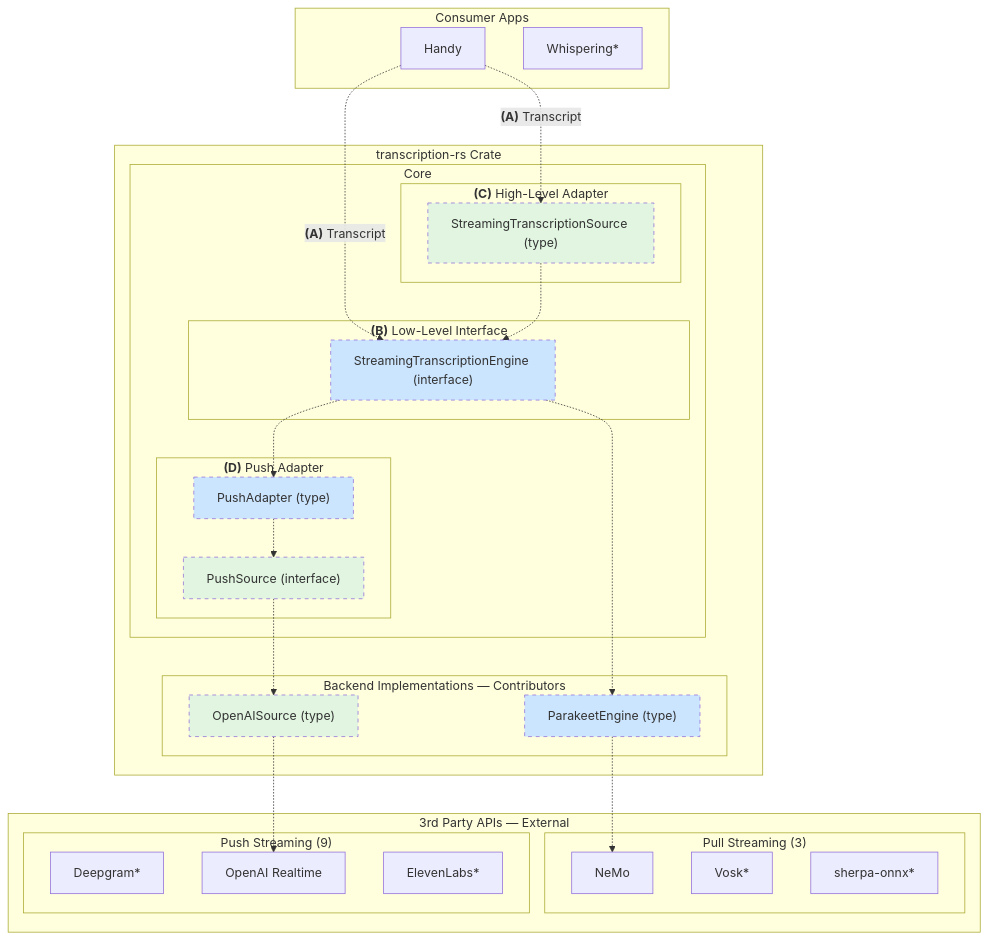
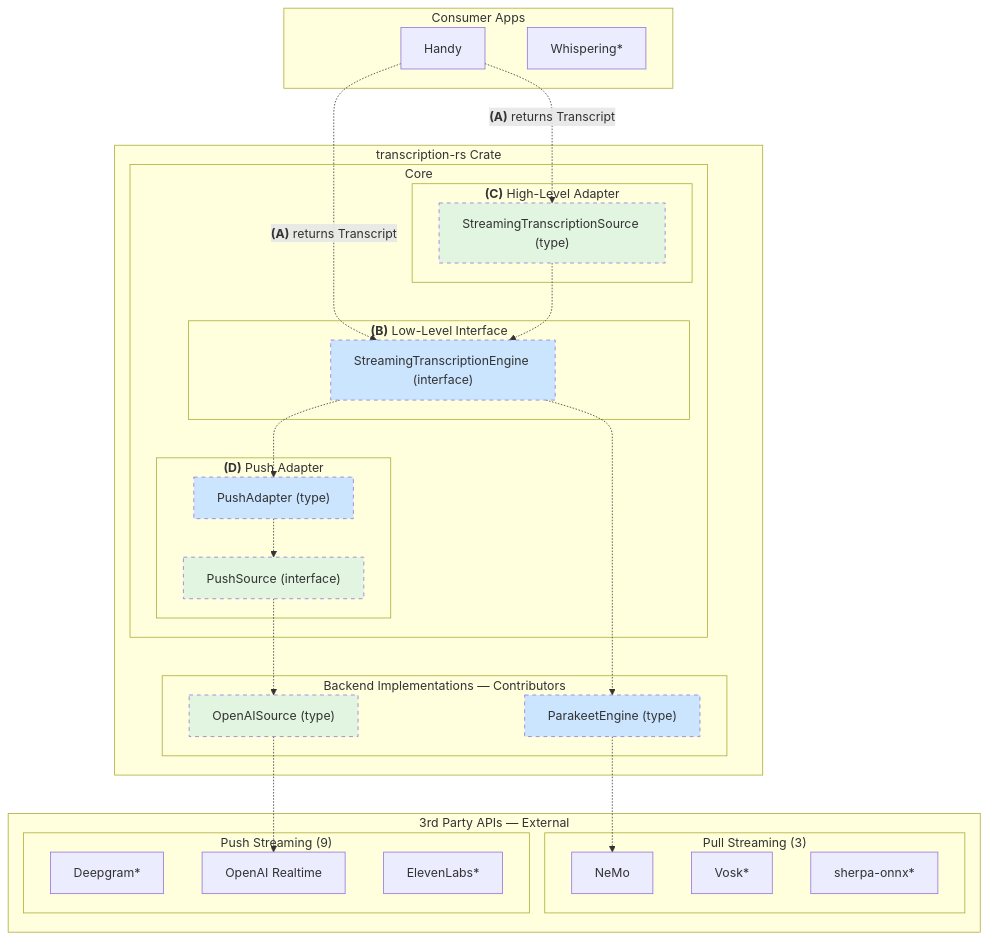
The third of 4 diagrams in specs/transcription-rs.md (cjpais/transcribe-rs), drawn with Mermaid before and after one commit. The commit also changed other lines of this file, not shown here.

Commit message:
docs: clarify diagram arrow labels with "returns" prefix

````diff
--- a/specs/transcription-rs.md
+++ b/specs/transcription-rs.md
@@ -119,61 +121,61 @@
 ```mermaid
 graph TB
     subgraph Apps ["Consumer Apps"]
         Handy[Handy]
         Whispering[Whispering*]
     end
 
     subgraph Library ["transcription-rs Crate"]
         subgraph Core ["Core"]
             subgraph HighLevel ["<b>(C)</b> High-Level Adapter"]
                 StreamingSource["StreamingTranscriptionSource (type)"]
             end
 
             subgraph LowLevel ["<b>(B)</b> Low-Level Interface"]
                 StreamingEngine["StreamingTranscriptionEngine (interface)"]
             end
 
             subgraph PushHelper ["<b>(D)</b> Push Adapter"]
                 PushAdapter["PushAdapter (type)"]
                 PushSource["PushSource (interface)"]
             end
         end
 
         subgraph Backends ["Backend Implementations — Contributors"]
             ParakeetEngine["ParakeetEngine (type)"]
             OpenAISource["OpenAISource (type)"]
         end
     end
 
     subgraph External ["3rd Party APIs — External"]
         subgraph PullStreaming ["Pull Streaming (3)"]
             NeMo[NeMo]
             Vosk[Vosk*]
             Sherpa[sherpa-onnx*]
         end
         subgraph PushStreaming ["Push Streaming (9)"]
             Deepgram[Deepgram*]
             OpenAI[OpenAI Realtime]
             ElevenLabs[ElevenLabs*]
         end
     end
 
-    Handy -.->|"<b>(A)</b> Transcript"| StreamingSource
-    Handy -.->|"<b>(A)</b> Transcript"| StreamingEngine
+    Handy -.->|"<b>(A)</b> returns Transcript"| StreamingSource
+    Handy -.->|"<b>(A)</b> returns Transcript"| StreamingEngine
 
     StreamingSource -.-> StreamingEngine
 
     StreamingEngine -.-> ParakeetEngine
     StreamingEngine -.-> PushAdapter
     
     PushAdapter -.-> PushSource
     PushSource -.-> OpenAISource
 
     ParakeetEngine -.-> NeMo
     OpenAISource -.-> OpenAI
 
     classDef pushPlanned fill:#e1f5e1,stroke-dasharray: 5 5
     classDef pullPlanned fill:#cce5ff,stroke-dasharray: 5 5
     class StreamingSource,PushSource,OpenAISource pushPlanned
     class StreamingEngine,PushAdapter,ParakeetEngine pullPlanned
 ```
````
